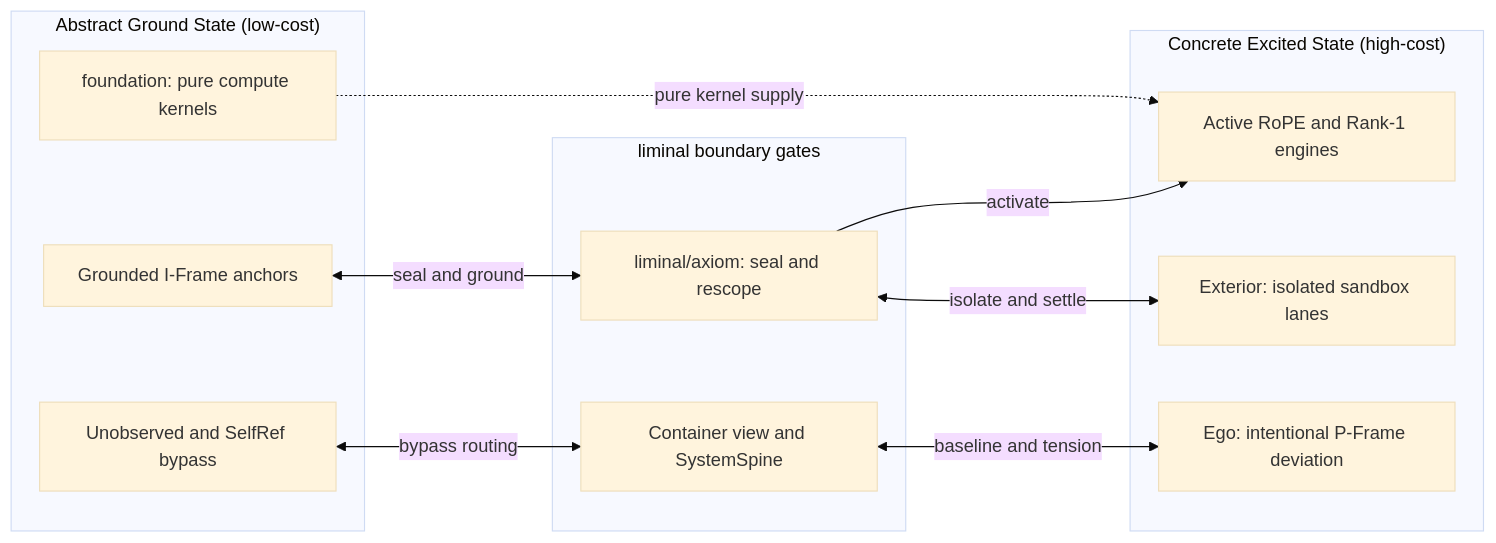
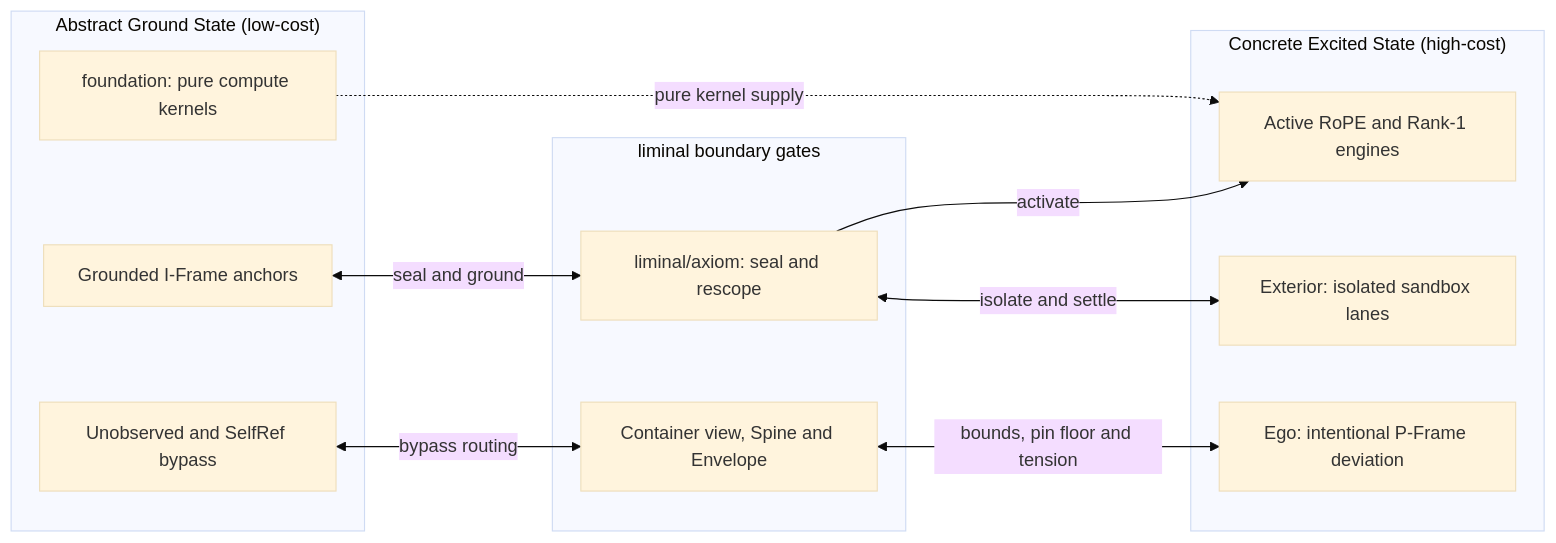
The diagram in README.md (flat-sauce-works/LiminiKa), drawn with Mermaid (base theme) before and after one commit. The commit also changed other lines of this file and 10 other files, not shown here.

First line of the commit message:
docs(release): finalize v0.4.0 docs, specs, and architecture maps

````diff
--- a/README.md
+++ b/README.md
@@ -21,23 +21,23 @@
 ```mermaid
 flowchart LR
     subgraph ABS["Abstract Ground State (low-cost)"]
         FND["foundation: pure compute kernels"]
         IFR["Grounded I-Frame anchors"]
         BYP["Unobserved and SelfRef bypass"]
     end
     subgraph LIM["liminal boundary gates"]
         AX["liminal/axiom: seal and rescope"]
-        RT["Container view and SystemSpine"]
+        RT["Container view, Spine and Envelope"]
     end
     subgraph CON["Concrete Excited State (high-cost)"]
         ACT["Active RoPE and Rank-1 engines"]
         EGO["Ego: intentional P-Frame deviation"]
         EXT["Exterior: isolated sandbox lanes"]
     end
     FND -.->|"pure kernel supply"| ACT
     IFR <-->|"seal and ground"| AX
     BYP <-->|"bypass routing"| RT
     AX -->|"activate"| ACT
-    RT <-->|"baseline and tension"| EGO
+    RT <-->|"bounds, pin floor and tension"| EGO
     AX <-->|"isolate and settle"| EXT
 ```
````
